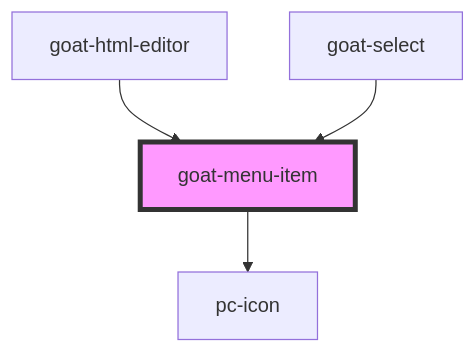
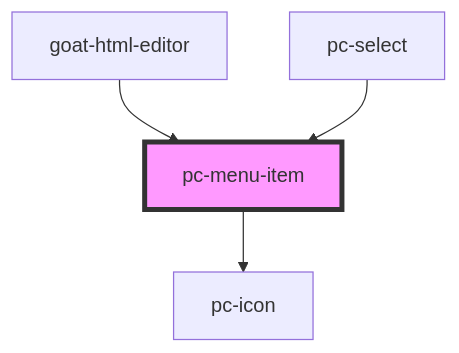
Before and after one commit to redvars/peacock: the diagram in src/components/menu/menu-item/readme.md, drawn with Mermaid. The commit also changed other lines of this file and 299 other files, not shown here.

````diff
--- a/src/components/menu/menu-item/readme.md
+++ b/src/components/menu/menu-item/readme.md
@@ -66,7 +66,7 @@
 ```mermaid
 graph TD;
-  goat-menu-item --> pc-icon
-  goat-html-editor --> goat-menu-item
-  goat-select --> goat-menu-item
-  style goat-menu-item fill:#f9f,stroke:#333,stroke-width:4px
+  pc-menu-item --> pc-icon
+  goat-html-editor --> pc-menu-item
+  pc-select --> pc-menu-item
+  style pc-menu-item fill:#f9f,stroke:#333,stroke-width:4px
 ```
````
